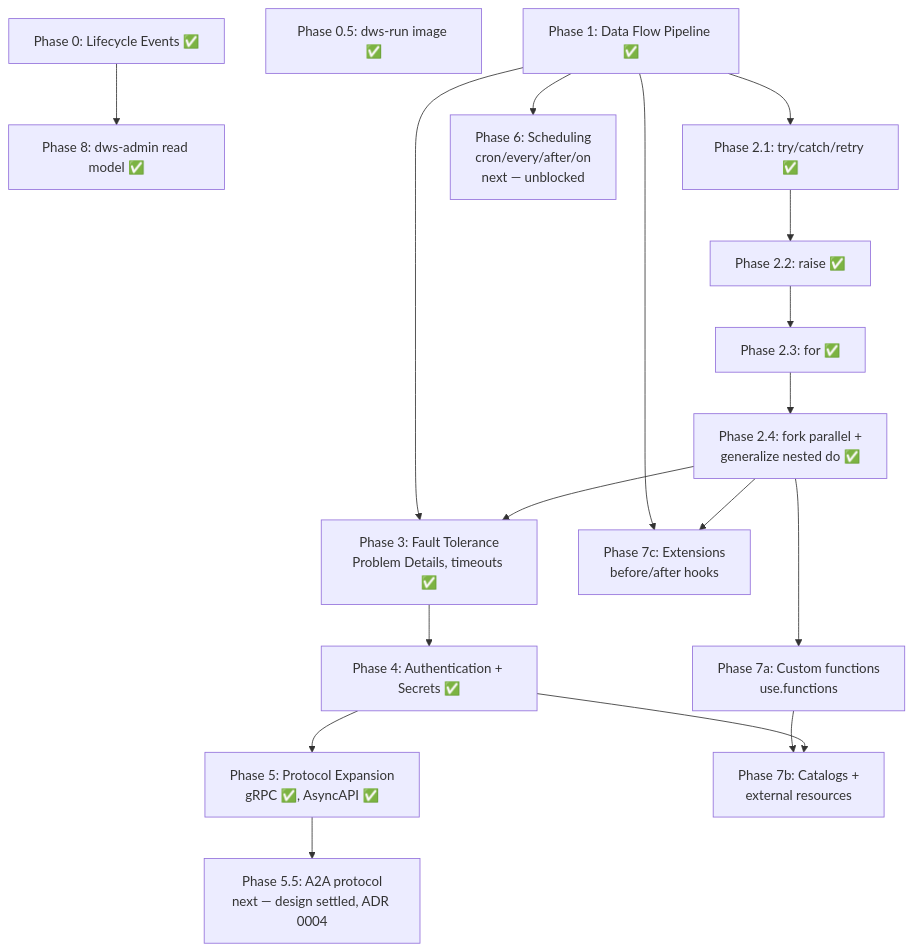
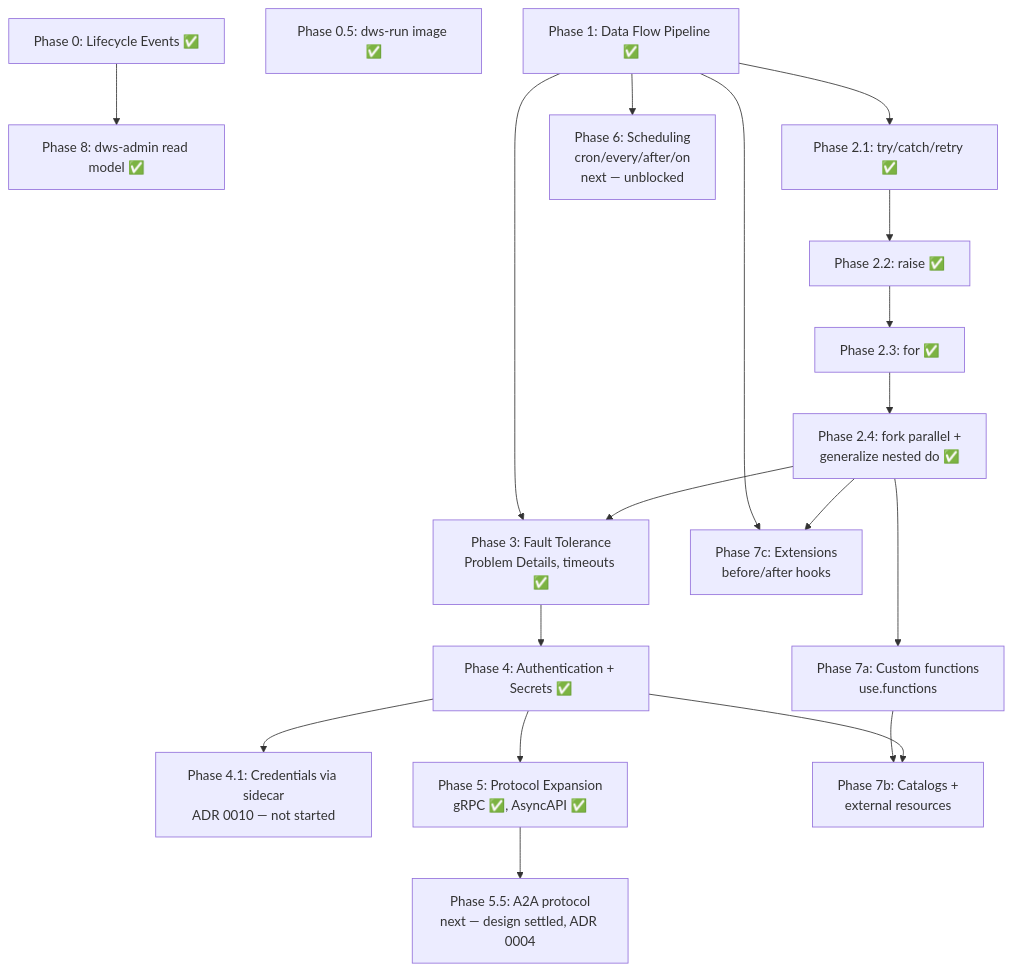
One commit to tonylibs/dapr-workflow-spec changed the diagram in docs/roadmaps/openworkflow-features.md. Above: the diagram before and after it, drawn with Mermaid. The commit also changed other lines of this file and 11 other files, not shown here.

Commit message:
docs(main): spike and update roadmap

````diff
--- a/docs/roadmaps/openworkflow-features.md
+++ b/docs/roadmaps/openworkflow-features.md
@@ -50,20 +50,21 @@
 ```mermaid
 flowchart TD
   P0[Phase 0: Lifecycle Events ✅] --> P8[Phase 8: dws-admin read model ✅]
   P05[Phase 0.5: dws-run image ✅]
   P1[Phase 1: Data Flow Pipeline ✅] --> P2a[Phase 2.1: try/catch/retry ✅]
   P2a --> P2b[Phase 2.2: raise ✅]
   P2b --> P2c[Phase 2.3: for ✅]
   P2c --> P2d[Phase 2.4: fork parallel +<br/>generalize nested do ✅]
   P1 --> P3[Phase 3: Fault Tolerance<br/>Problem Details, timeouts ✅]
   P2d --> P3
   P3 --> P4[Phase 4: Authentication + Secrets ✅]
+  P4 --> P41[Phase 4.1: Credentials via sidecar<br/>ADR 0010 — not started]
   P4 --> P5[Phase 5: Protocol Expansion<br/>gRPC ✅, AsyncAPI ✅]
   P5 --> P55[Phase 5.5: A2A protocol<br/>next — design settled, ADR 0004]
   P1 --> P6[Phase 6: Scheduling<br/>cron/every/after/on<br/>next — unblocked]
   P2d --> P7a[Phase 7a: Custom functions<br/>use.functions]
   P7a --> P7b[Phase 7b: Catalogs +<br/>external resources]
   P4 --> P7b
   P1 --> P7c[Phase 7c: Extensions<br/>before/after hooks]
   P2d --> P7c
 ```
````
